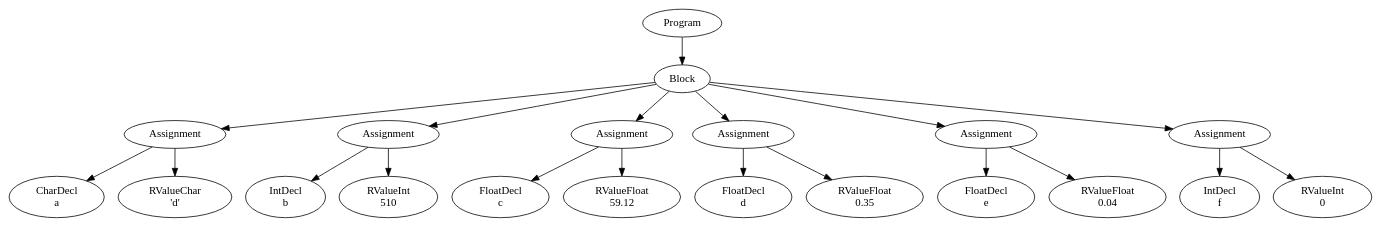
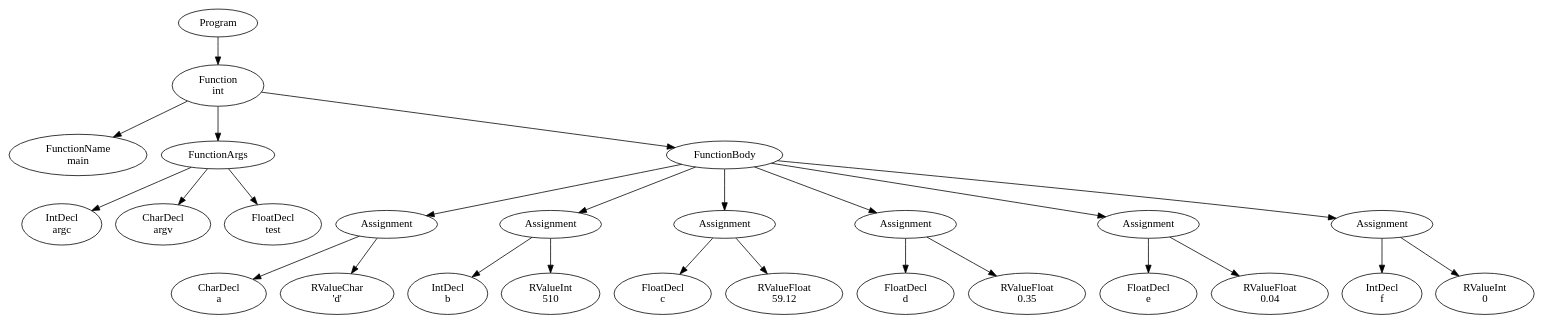
One commit to FedericoQuin/Compilers changed the diagram in official/res/solutions/assignments2.dot. Above: the diagram before and after it, drawn with Graphviz. The commit also changed 24 other files, not shown here.

```diff
--- a/official/res/solutions/assignments2.dot
+++ b/official/res/solutions/assignments2.dot
@@ -1,41 +1,53 @@
 digraph AST {
-0 [label="Program"];
-1 [label="Block"];
-2 [label="Assignment"];
-3 [label="CharDecl \na"];
-4 [label="RValueChar \n'd'"];
+1 [label="Program"];
+2 [label="Function \nint"];
+3 [label="FunctionName \nmain"];
+4 [label="FunctionArgs"];
+5 [label="IntDecl \nargc"];
+6 [label="CharDecl \nargv"];
+7 [label="FloatDecl \ntest"];
+4 -> 5;
+4 -> 6;
+4 -> 7;
+8 [label="FunctionBody"];
+9 [label="Assignment"];
+10 [label="CharDecl \na"];
+11 [label="RValueChar \n'd'"];
+9 -> 10;
+9 -> 11;
+12 [label="Assignment"];
+13 [label="IntDecl \nb"];
+14 [label="RValueInt \n510"];
+12 -> 13;
+12 -> 14;
+15 [label="Assignment"];
+16 [label="FloatDecl \nc"];
+17 [label="RValueFloat \n59.12"];
+15 -> 16;
+15 -> 17;
+18 [label="Assignment"];
+19 [label="FloatDecl \nd"];
+20 [label="RValueFloat \n0.35"];
+18 -> 19;
+18 -> 20;
+21 [label="Assignment"];
+22 [label="FloatDecl \ne"];
+23 [label="RValueFloat \n0.04"];
+21 -> 22;
+21 -> 23;
+24 [label="Assignment"];
+25 [label="IntDecl \nf"];
+26 [label="RValueInt \n0"];
+24 -> 25;
+24 -> 26;
+8 -> 9;
+8 -> 12;
+8 -> 15;
+8 -> 18;
+8 -> 21;
+8 -> 24;
 2 -> 3;
 2 -> 4;
-5 [label="Assignment"];
-6 [label="IntDecl \nb"];
-7 [label="RValueInt \n510"];
-5 -> 6;
-5 -> 7;
-8 [label="Assignment"];
-9 [label="FloatDecl \nc"];
-10 [label="RValueFloat \n59.12"];
-8 -> 9;
-8 -> 10;
-11 [label="Assignment"];
-12 [label="FloatDecl \nd"];
-13 [label="RValueFloat \n0.35"];
-11 -> 12;
-11 -> 13;
-14 [label="Assignment"];
-15 [label="FloatDecl \ne"];
-16 [label="RValueFloat \n0.04"];
-14 -> 15;
-14 -> 16;
-17 [label="Assignment"];
-18 [label="IntDecl \nf"];
-19 [label="RValueInt \n0"];
-17 -> 18;
-17 -> 19;
+2 -> 8;
 1 -> 2;
-1 -> 5;
-1 -> 8;
-1 -> 11;
-1 -> 14;
-1 -> 17;
-0 -> 1;
 }
```
